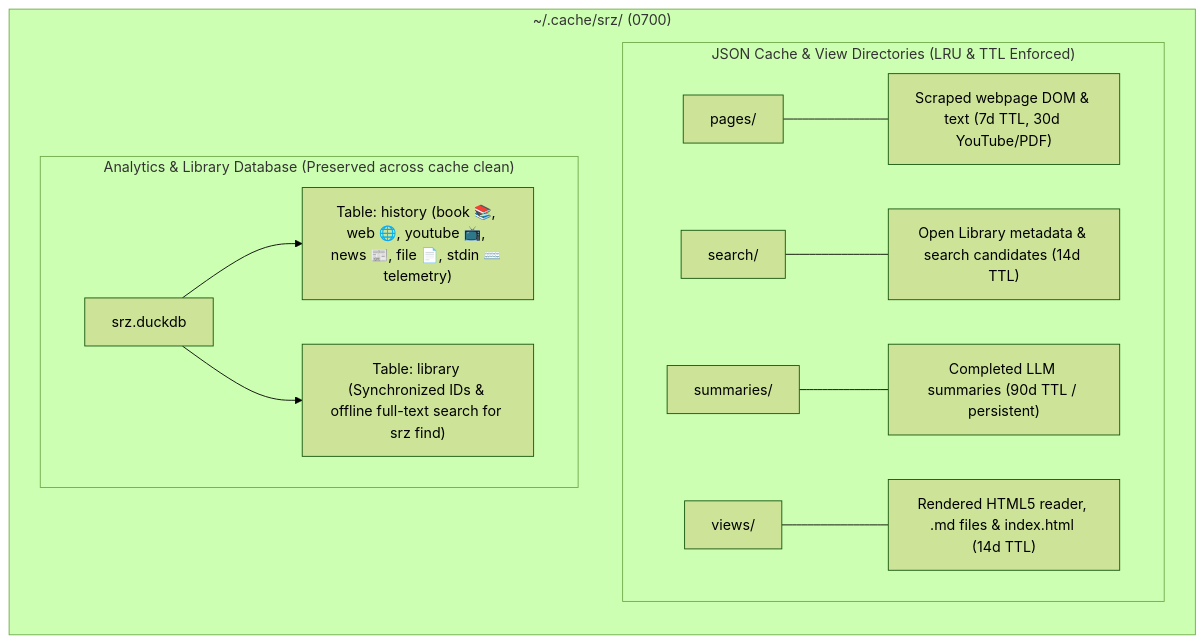
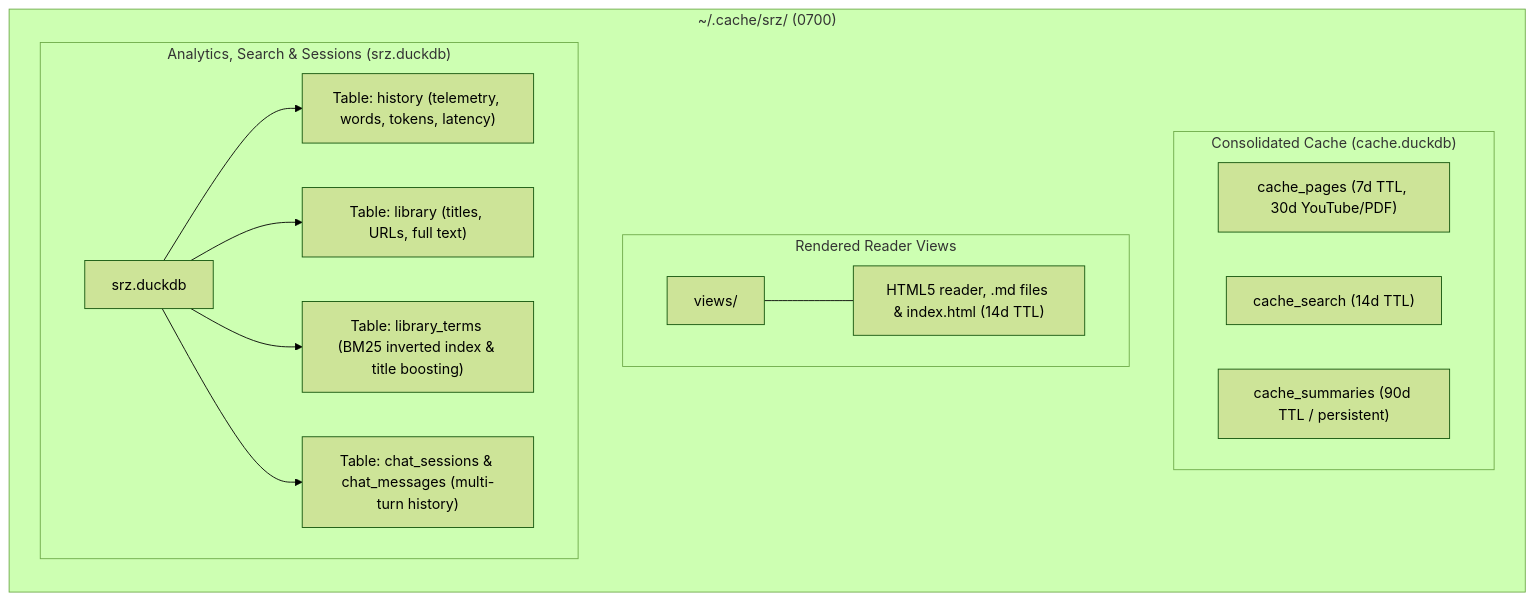
Before and after one commit to NewGuy012/srz: the third of 3 diagrams in docs/OVERVIEW.md, drawn with Mermaid (forest theme). The commit also changed other lines of this file and 1 other file, not shown here.

````diff
--- a/docs/OVERVIEW.md
+++ b/docs/OVERVIEW.md
@@ -114,16 +114,20 @@
 ```mermaid
 graph LR
     subgraph Root["~/.cache/srz/ (0700)"]
-        subgraph Namespaces["JSON Cache & View Directories (LRU & TTL Enforced)"]
-            P["pages/"] --- P_desc["Scraped webpage DOM & text (7d TTL, 30d YouTube/PDF)"]
-            S["search/"] --- S_desc["Open Library metadata & search candidates (14d TTL)"]
-            M["summaries/"] --- M_desc["Completed LLM summaries (90d TTL / persistent)"]
-            V["views/"] --- V_desc["Rendered HTML5 reader, .md files & index.html (14d TTL)"]
+        subgraph CacheEngine["Consolidated Cache (cache.duckdb)"]
+            CP["cache_pages (7d TTL, 30d YouTube/PDF)"]
+            CS["cache_search (14d TTL)"]
+            CM["cache_summaries (90d TTL / persistent)"]
         end
-        subgraph DB["Analytics & Library Database (Preserved across cache clean)"]
+        subgraph ViewsDir["Rendered Reader Views"]
+            V["views/"] --- V_desc["HTML5 reader, .md files & index.html (14d TTL)"]
+        end
+        subgraph LibraryDB["Analytics, Search & Sessions (srz.duckdb)"]
             D["srz.duckdb"]
-            D --> T1["Table: history (book 📚, web 🌐, youtube 📺, news 📰, file 📄, stdin ⌨️ telemetry)"]
-            D --> T2["Table: library (Synchronized IDs & offline full-text search for srz find)"]
+            D --> T1["Table: history (telemetry, words, tokens, latency)"]
+            D --> T2["Table: library (titles, URLs, full text)"]
+            D --> T3["Table: library_terms (BM25 inverted index & title boosting)"]
+            D --> T4["Table: chat_sessions & chat_messages (multi-turn history)"]
         end
     end
 ```
````
